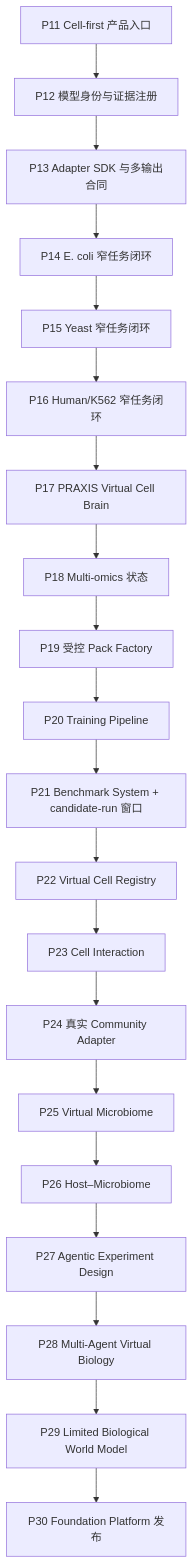
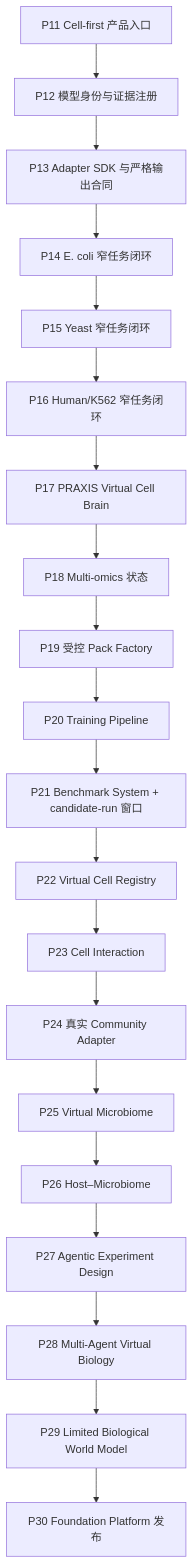
One commit to NHNQNHNQ/PRAXIS-Virtualcell changed the diagram in docs/PHASE12-30-EXECUTION-PLAN-AND-PROMPTS.md. Above: the diagram before and after it, drawn with Mermaid. The commit also changed other lines of this file and 10 other files, not shown here.

Commit message:
docs: close Phase 13 adapter SDK

````diff
--- a/docs/PHASE12-30-EXECUTION-PLAN-AND-PROMPTS.md
+++ b/docs/PHASE12-30-EXECUTION-PLAN-AND-PROMPTS.md
@@ -153,22 +164,22 @@
 ```mermaid
 flowchart TD
     P11["P11 Cell-first 产品入口"] --> P12["P12 模型身份与证据注册"]
-    P12 --> P13["P13 Adapter SDK 与多输出合同"]
+    P12 --> P13["P13 Adapter SDK 与严格输出合同"]
     P13 --> P14["P14 E. coli 窄任务闭环"]
     P14 --> P15["P15 Yeast 窄任务闭环"]
     P15 --> P16["P16 Human/K562 窄任务闭环"]
     P16 --> P17["P17 PRAXIS Virtual Cell Brain"]
     P17 --> P18["P18 Multi-omics 状态"]
     P18 --> P19["P19 受控 Pack Factory"]
     P19 --> P20["P20 Training Pipeline"]
     P20 --> P21["P21 Benchmark System + candidate-run 窗口"]
     P21 --> P22["P22 Virtual Cell Registry"]
     P22 --> P23["P23 Cell Interaction"]
     P23 --> P24["P24 真实 Community Adapter"]
     P24 --> P25["P25 Virtual Microbiome"]
     P25 --> P26["P26 Host–Microbiome"]
     P26 --> P27["P27 Agentic Experiment Design"]
     P27 --> P28["P28 Multi-Agent Virtual Biology"]
     P28 --> P29["P29 Limited Biological World Model"]
     P29 --> P30["P30 Foundation Platform 发布"]
 ```
````
